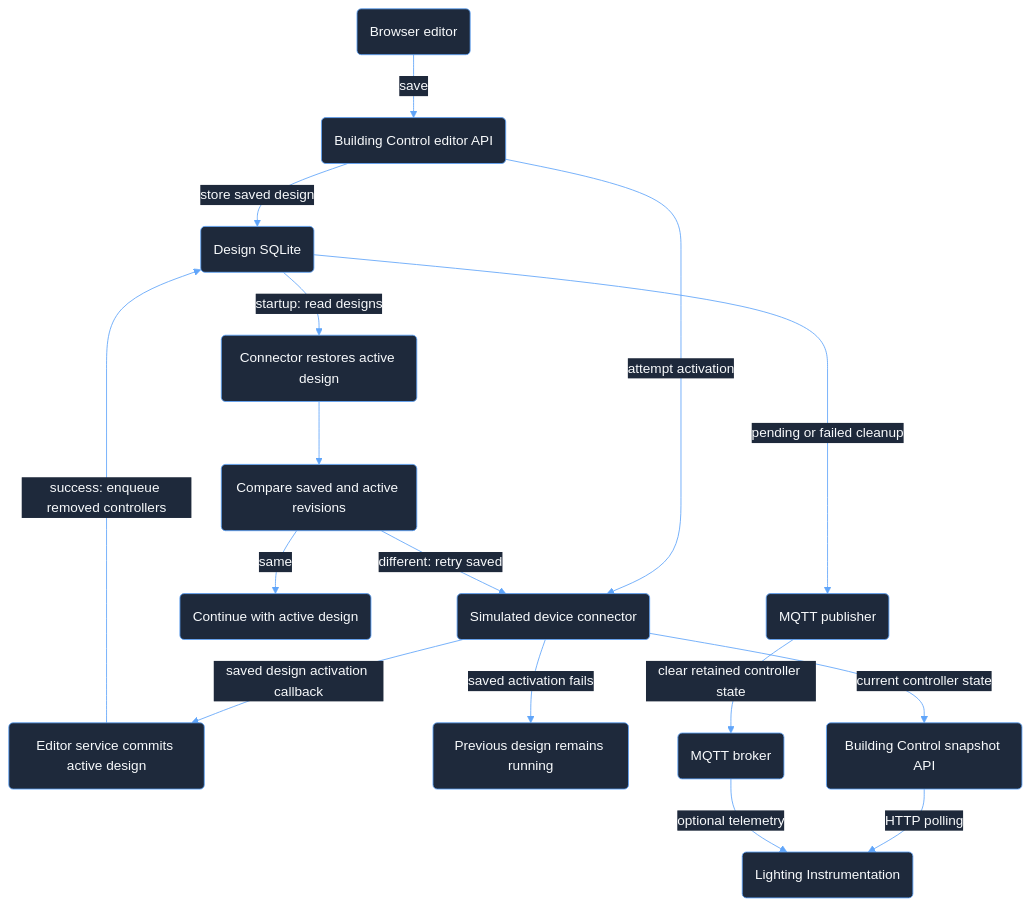
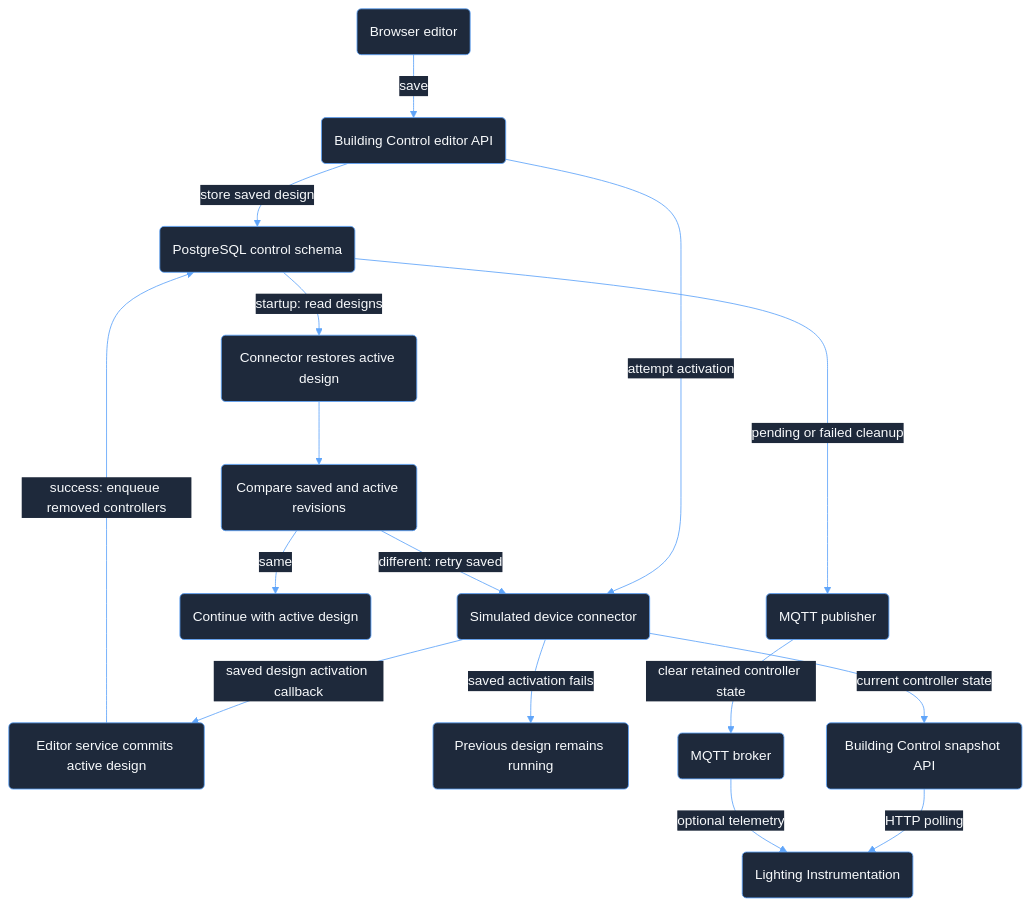
One commit to wmorgan69/light-controller-simulator changed the second of 2 diagrams in docs/technical/building-editor.md. Above: the diagram before and after it, drawn with Mermaid. The commit also changed other lines of this file and 122 other files, not shown here.

First line of the commit message:
Migrate development environment to PostgreSQL and Docker Compose

````diff
--- a/docs/technical/building-editor.md
+++ b/docs/technical/building-editor.md
@@ -124,31 +109,31 @@
 ```mermaid
 ---
 config:
   theme: base
   themeVariables:
     darkMode: true
     primaryColor: '#1E293B'
     primaryTextColor: '#F8FAFC'
     primaryBorderColor: '#60A5FA'
     lineColor: '#60A5FA'
     edgeLabelBackground: '#1E293B'
     textColor: '#F8FAFC'
 ---
 flowchart TB
     Editor("Browser editor") -->|save| API("Building Control editor API")
-    API -->|store saved design| DB("Design SQLite")
+    API -->|store saved design| DB("PostgreSQL control schema")
     API -->|attempt activation| Connector("Simulated device connector")
     DB -->|startup: read designs| Restore("Connector restores active design")
     Restore --> Compare("Compare saved and active revisions")
     Compare -->|different: retry saved| Connector
     Compare -->|same| Ready("Continue with active design")
     Connector -->|saved design activation callback| Commit("Editor service commits active design")
     Commit -->|success: enqueue removed controllers| DB
     Connector -->|saved activation fails| Previous("Previous design remains running")
     Connector -->|current controller state| Snapshot("Building Control snapshot API")
     Snapshot -->|HTTP polling| Instrumentation("Lighting Instrumentation")
     DB -->|pending or failed cleanup| Publisher("MQTT publisher")
     Publisher -->|clear retained controller state| Broker("MQTT broker")
     Broker -->|optional telemetry| Instrumentation
     classDef default fill:#1E293B,stroke:#60A5FA,color:#F8FAFC;
 ```
````
